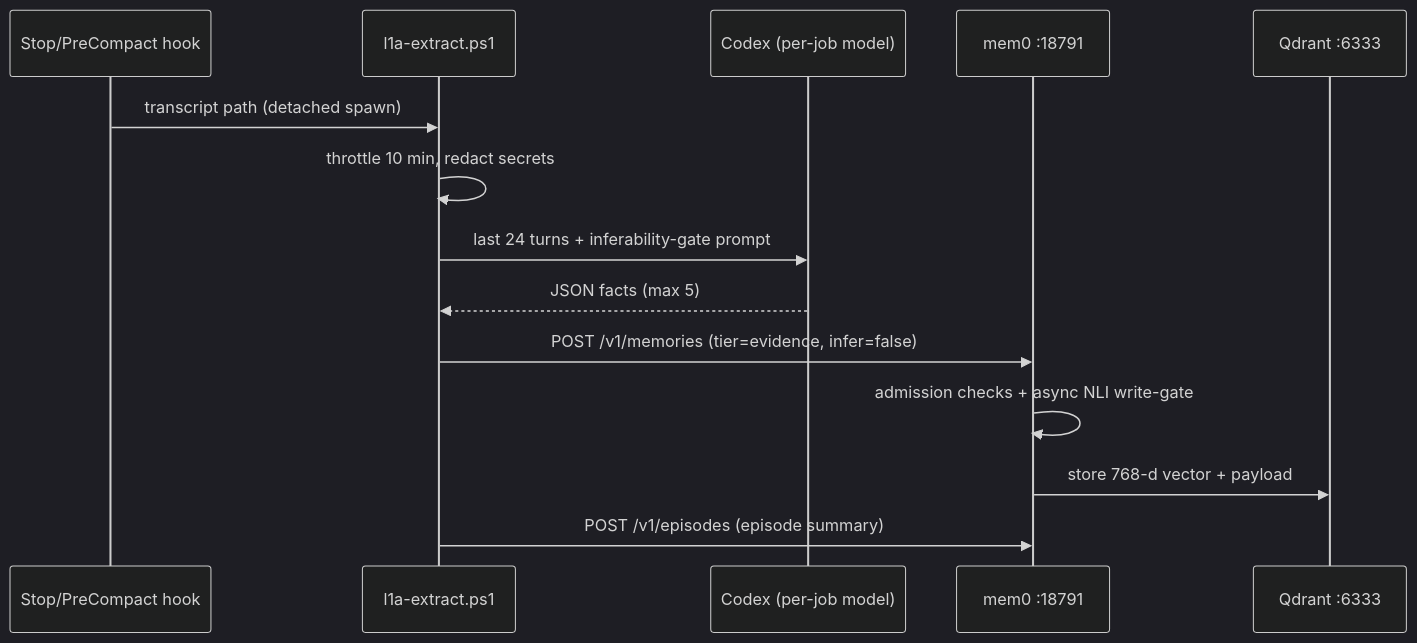
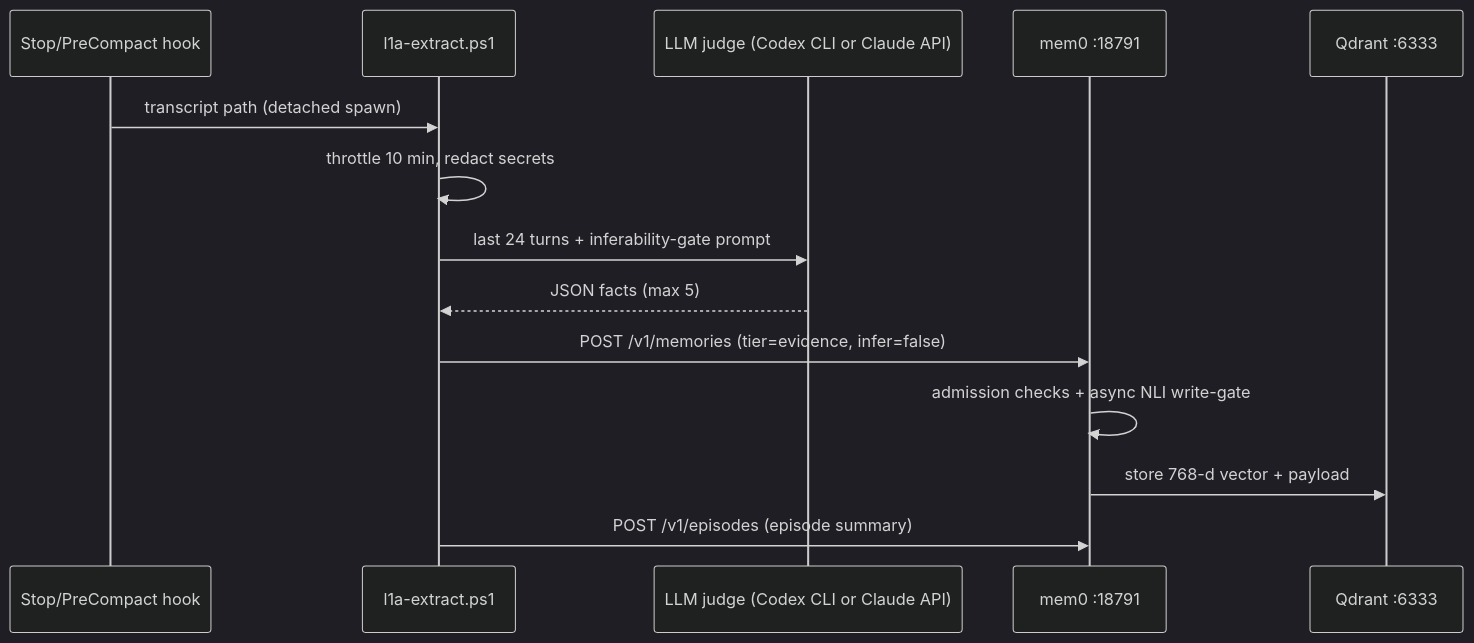
Before and after one commit to dmmdea/agentic-memory-stack-for-claude-code: the second of 3 diagrams in ARCHITECTURE.md, drawn with Mermaid (dark theme). The commit also changed other lines of this file and 70 other files, not shown here.

````diff
--- a/ARCHITECTURE.md
+++ b/ARCHITECTURE.md
@@ -85,16 +85,16 @@
 ```mermaid
 sequenceDiagram
     participant S as Stop/PreCompact hook
     participant L as l1a-extract.ps1
-    participant X as Codex (per-job model)
+    participant X as LLM judge (Codex CLI or Claude API)
     participant M as mem0 :18791
     participant Q as Qdrant :6333
     S->>L: transcript path (detached spawn)
     L->>L: throttle 10 min, redact secrets
     L->>X: last 24 turns + inferability-gate prompt
     X-->>L: JSON facts (max 5)
     L->>M: POST /v1/memories (tier=evidence, infer=false)
     M->>M: admission checks + async NLI write-gate
     M->>Q: store 768-d vector + payload
     L->>M: POST /v1/episodes (episode summary)
 ```
````
